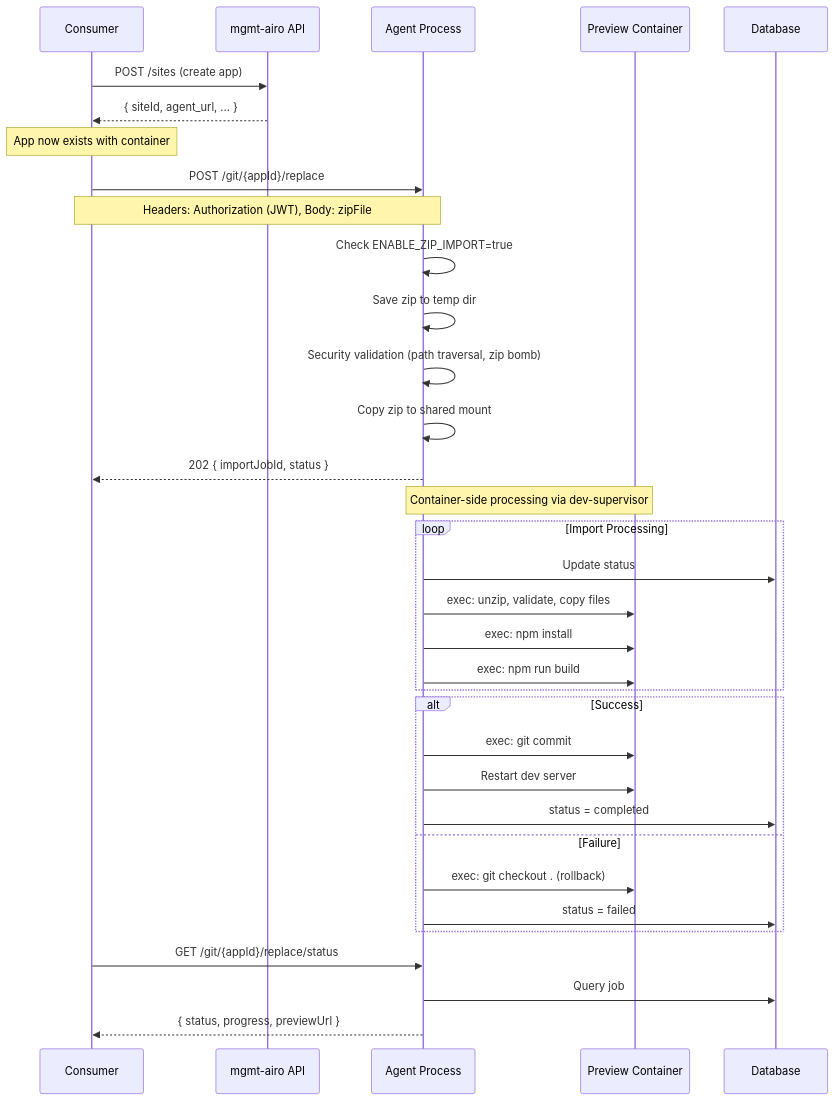
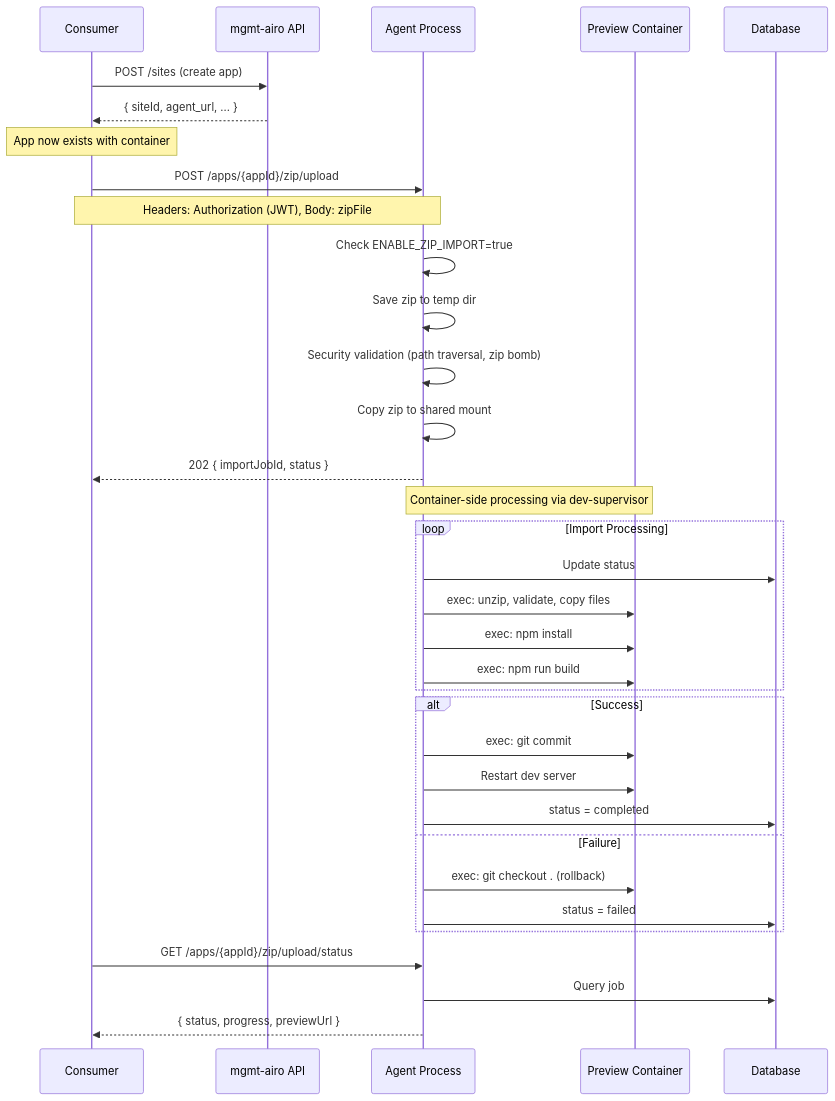
The second of 2 diagrams in docs/paas/zip-import-architecture.md (hsharif-godaddy/hackathon2026), drawn with Mermaid before and after one commit. The commit also changed other lines of this file and 6 other files, not shown here.

First line of the commit message:
Clean up old URL and migrated to dedicated zip-import flow. (#1781)

````diff
--- a/docs/paas/zip-import-architecture.md
+++ b/docs/paas/zip-import-architecture.md
@@ -68,43 +68,43 @@
 ```mermaid
 sequenceDiagram
     participant Consumer
     participant Mgmt as mgmt-airo API
     participant Agent as Agent Process
     participant Container as Preview Container
     participant DB as Database
 
     Consumer->>Mgmt: POST /sites (create app)
     Mgmt-->>Consumer: { siteId, agent_url, ... }
     Note over Consumer: App now exists with container
 
-    Consumer->>Agent: POST /git/{appId}/replace
+    Consumer->>Agent: POST /apps/{appId}/zip/upload
     Note over Consumer,Agent: Headers: Authorization (JWT), Body: zipFile
 
     Agent->>Agent: Check ENABLE_ZIP_IMPORT=true
     Agent->>Agent: Save zip to temp dir
     Agent->>Agent: Security validation (path traversal, zip bomb)
     Agent->>Agent: Copy zip to shared mount
     Agent-->>Consumer: 202 { importJobId, status }
 
     Note over Agent,Container: Container-side processing via dev-supervisor
 
     loop Import Processing
         Agent->>DB: Update status
         Agent->>Container: exec: unzip, validate, copy files
         Agent->>Container: exec: npm install
         Agent->>Container: exec: npm run build
     end
 
     alt Success
         Agent->>Container: exec: git commit
         Agent->>Container: Restart dev server
         Agent->>DB: status = completed
     else Failure
         Agent->>Container: exec: git checkout . (rollback)
         Agent->>DB: status = failed
     end
 
-    Consumer->>Agent: GET /git/{appId}/replace/status
+    Consumer->>Agent: GET /apps/{appId}/zip/upload/status
     Agent->>DB: Query job
     Agent-->>Consumer: { status, progress, previewUrl }
 ```
````
